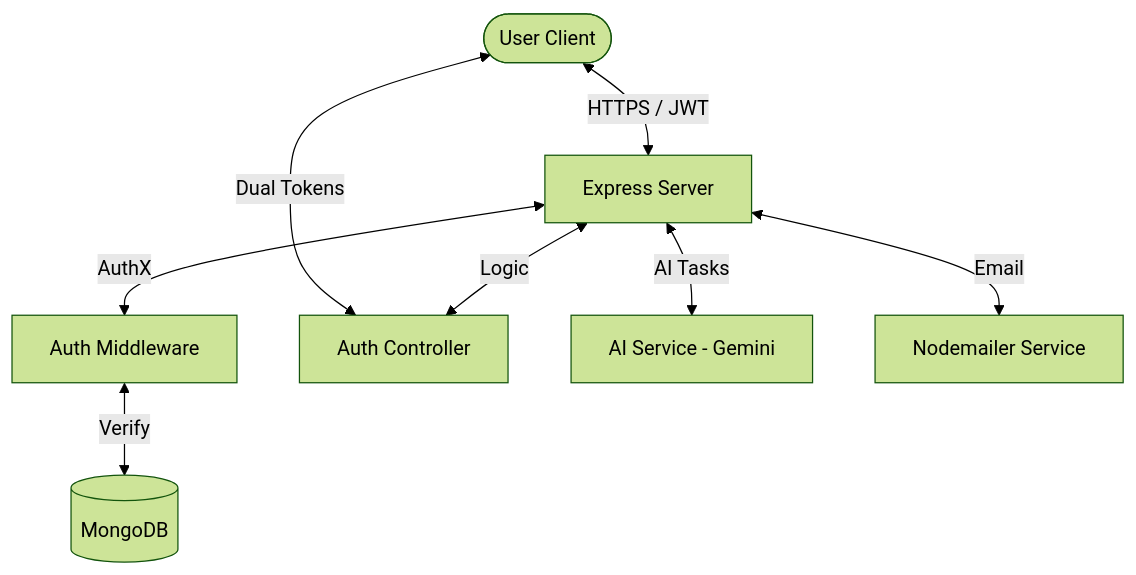
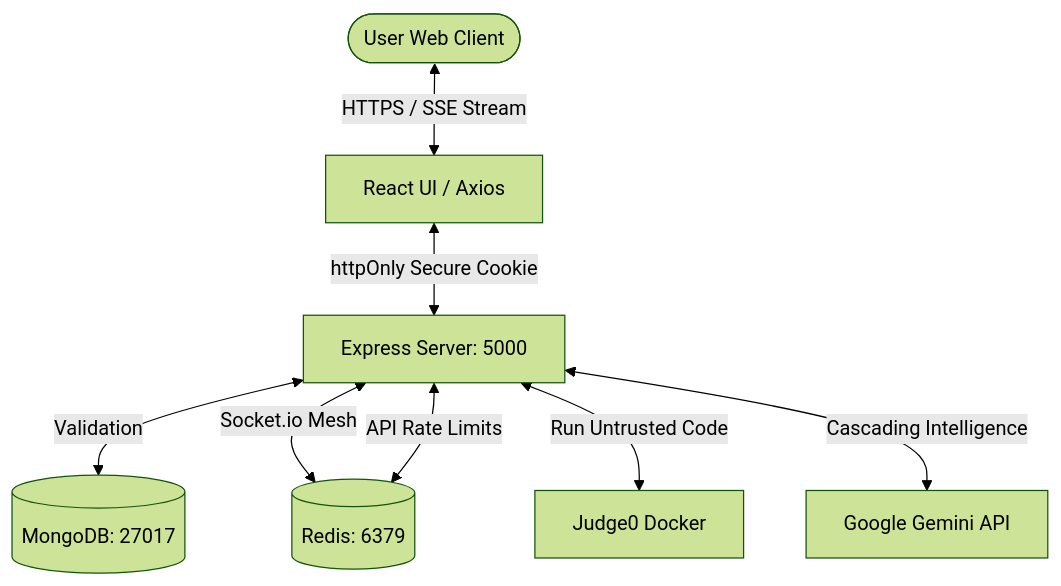
Before and after one commit to kavyasahithib/Devprep-AI: the diagram in README.md, drawn with Mermaid (forest theme). The commit also changed other lines of this file and 46 other files, not shown here.

Commit message:
Elite Release: AuthX Suite + Performance Optimizations + Sandbox Security

````diff
--- a/README.md
+++ b/README.md
@@ -81,10 +100,10 @@
 ```mermaid
 graph TD
-    User([User Client]) <-->|HTTPS / JWT| LB[Express Server]
-    LB <-->|AuthX| AM[Auth Middleware]
-    AM <-->|Verify| DB[(MongoDB)]
-    LB <-->|Logic| AC[Auth Controller]
-    LB <-->|AI Tasks| AS[AI Service - Gemini]
-    LB <-->|Email| NS[Nodemailer Service]
-    AC <-->|Dual Tokens| User
+    User([User Web Client]) <-->|HTTPS / SSE Stream| Node[React UI / Axios]
+    Node <-->|httpOnly Secure Cookie| LB[Express Server: 5000]
+    LB <-->|Validation| DB[(MongoDB: 27017)]
+    LB <-->|Socket.io Mesh| R[(Redis: 6379)]
+    LB <-->|API Rate Limits| R
+    LB <-->|Run Untrusted Code| Sandbox[Judge0 Docker]
+    LB <-->|Cascading Intelligence| AI[Google Gemini API]
 ```
````
